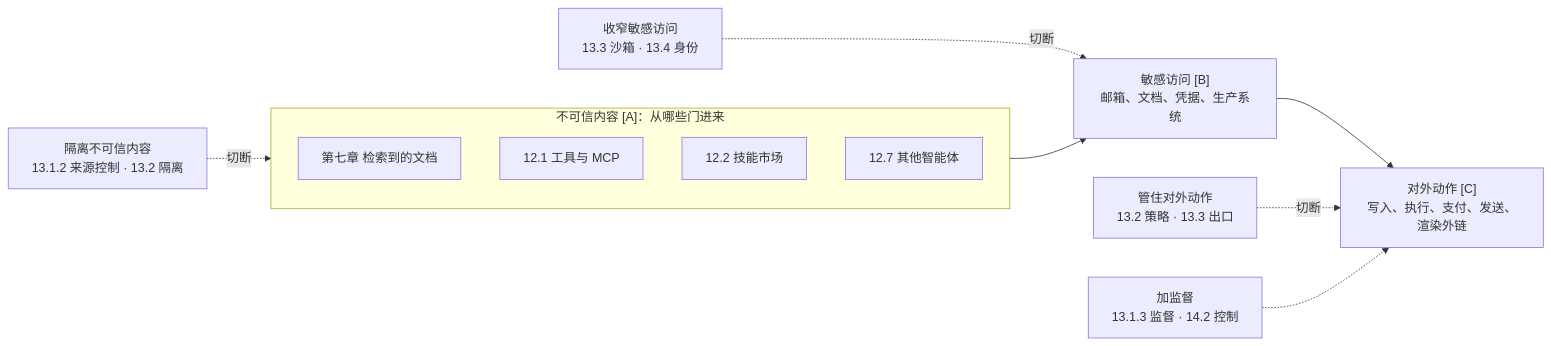
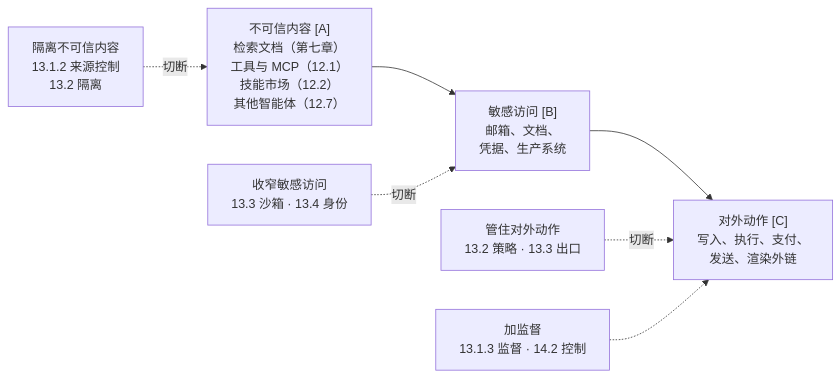
One commit to yeasy/ai_security_guide changed the diagram in 11_agent_foundations/README.md. Above: the diagram before and after it, drawn with Mermaid. The commit also changed other lines of this file and 13 other files, not shown here.

````diff
--- a/11_agent_foundations/README.md
+++ b/11_agent_foundations/README.md
@@ -31,15 +33,10 @@
 ```mermaid
 flowchart LR
-    subgraph read ["不可信内容 [A]：从哪些门进来"]
-    R1["第七章 检索到的文档"]
-    R2["12.1 工具与 MCP"]
-    R3["12.2 技能市场"]
-    R4["12.7 其他智能体"]
-    end
-    read --> B["敏感访问 [B]<br/>邮箱、文档、凭据、生产系统"]
-    B --> C["对外动作 [C]<br/>写入、执行、支付、发送、渲染外链"]
-    D1["隔离不可信内容<br/>13.1.2 来源控制 · 13.2 隔离"] -.->|"切断"| read
+    A["不可信内容 [A]<br/>检索文档（第七章）<br/>工具与 MCP（12.1）<br/>技能市场（12.2）<br/>其他智能体（12.7）"]
+    A --> B["敏感访问 [B]<br/>邮箱、文档、<br/>凭据、生产系统"]
+    B --> C["对外动作 [C]<br/>写入、执行、支付、<br/>发送、渲染外链"]
+    D1["隔离不可信内容<br/>13.1.2 来源控制<br/>13.2 隔离"] -.->|"切断"| A
     D2["收窄敏感访问<br/>13.3 沙箱 · 13.4 身份"] -.->|"切断"| B
     D3["管住对外动作<br/>13.2 策略 · 13.3 出口"] -.->|"切断"| C
     D4["加监督<br/>13.1.3 监督 · 14.2 控制"] -.-> C
 ```
````
